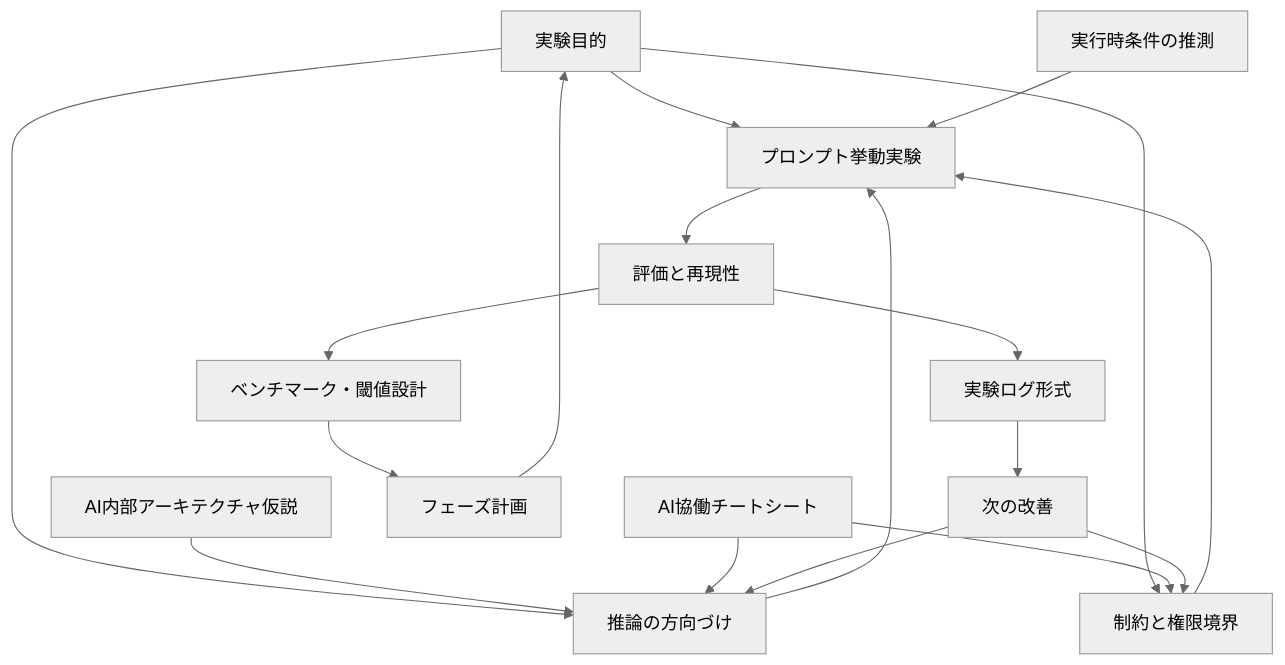
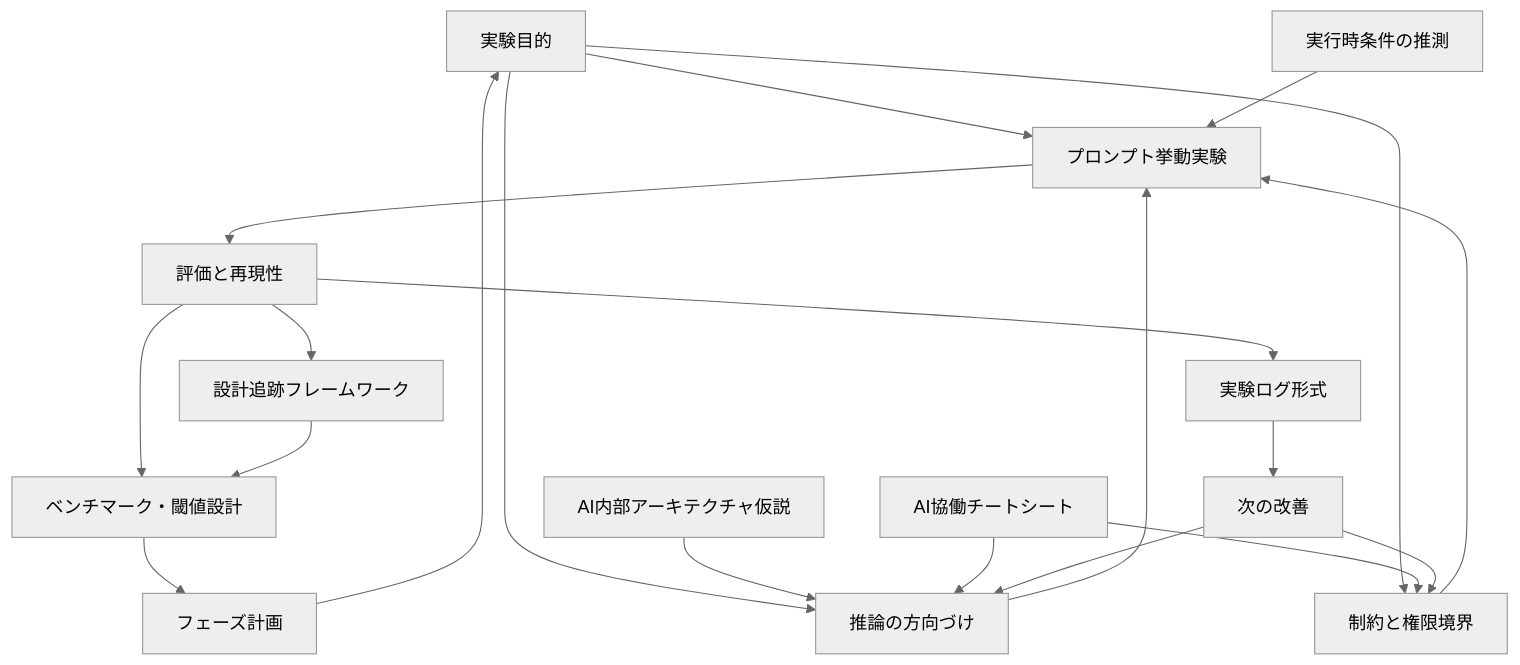
One commit to schro-cat-dev/torisetsu changed the diagram in internal_refs/ai_experiment_scopes/README.md. Above: the diagram before and after it, drawn with Mermaid (neutral theme). The commit also changed other lines of this file and 3 other files, not shown here.

````diff
--- a/internal_refs/ai_experiment_scopes/README.md
+++ b/internal_refs/ai_experiment_scopes/README.md
@@ -26,22 +27,24 @@
 ```mermaid
 flowchart TD
   Goal["実験目的"] --> Prompt["プロンプト挙動実験"]
   Goal --> Direction["推論の方向づけ"]
   Goal --> Constraint["制約と権限境界"]
 
   Runtime["実行時条件の推測"] --> Prompt
   Direction --> Prompt
   Constraint --> Prompt
   Architecture["AI内部アーキテクチャ仮説"] --> Direction
   Collaboration["AI協働チートシート"] --> Direction
   Collaboration --> Constraint
 
   Prompt --> Evaluation["評価と再現性"]
   Evaluation --> Benchmark["ベンチマーク・閾値設計"]
+  Evaluation --> Traceability["設計追跡フレームワーク"]
+  Traceability --> Benchmark
   Benchmark --> Phase["フェーズ計画"]
   Evaluation --> Log["実験ログ形式"]
   Log --> Next["次の改善"]
   Phase["フェーズ計画"] --> Goal
   Next --> Direction
   Next --> Constraint
 ```
````
